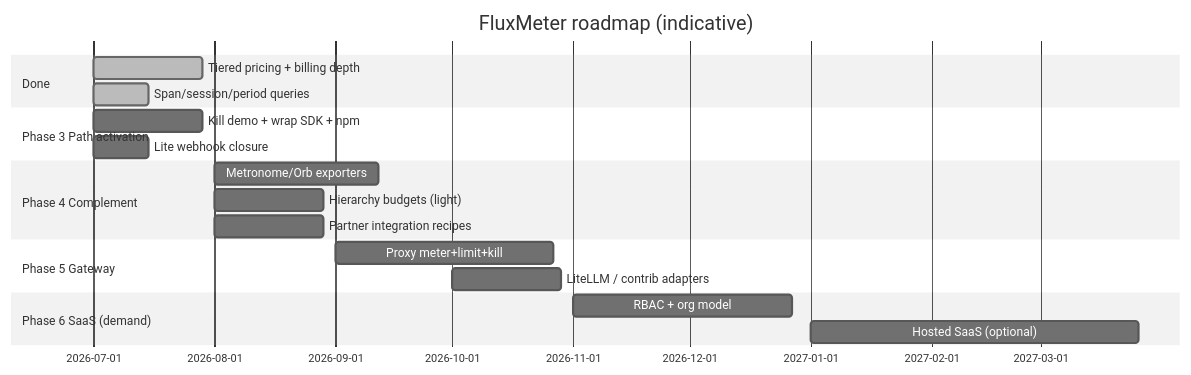
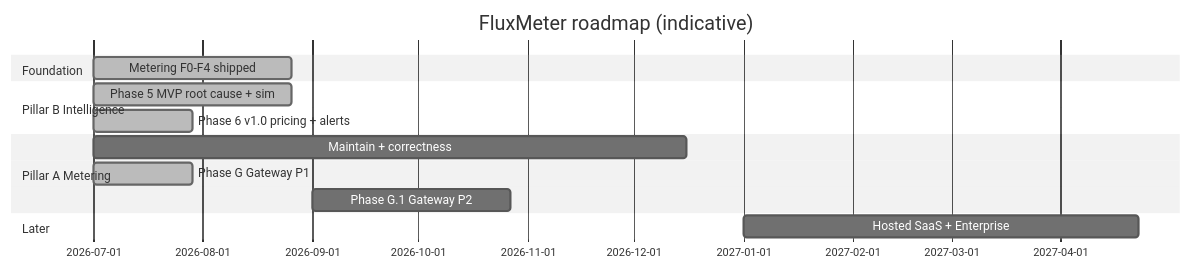
One commit to 10kshuaizhang/fluxmeter changed the diagram in ROADMAP.md. Above: the diagram before and after it, drawn with Mermaid (neutral theme). The commit also changed other lines of this file and 62 other files, not shown here.

First line of the commit message:
Release v3.2.0: Intelligence MVP, Gateway proxy, Python SDK 1.5.0.

````diff
--- a/ROADMAP.md
+++ b/ROADMAP.md
@@ -115,21 +140,16 @@
 ```mermaid
 gantt
     title FluxMeter roadmap (indicative)
     dateFormat YYYY-MM
-    section Done
-    Tiered pricing + billing depth   :done, 2026-07, 4w
-    Span/session/period queries      :done, 2026-07, 2w
-    section Phase 3 Path activation
-    Kill demo + wrap SDK + npm       :2026-07, 4w
-    Lite webhook closure             :2026-07, 2w
-    section Phase 4 Complement
-    Metronome/Orb exporters          :2026-08, 6w
-    Hierarchy budgets (light)        :2026-08, 4w
-    Partner integration recipes      :2026-08, 4w
-    section Phase 5 Gateway
-    Proxy meter+limit+kill           :2026-09, 8w
-    LiteLLM / contrib adapters       :2026-10, 4w
-    section Phase 6 SaaS (demand)
-    RBAC + org model                 :2026-11, 8w
-    Hosted SaaS (optional)           :2027-01, 12w
+    section Foundation
+    Metering F0-F4 shipped           :done, 2026-07, 8w
+    section Pillar B Intelligence
+    Phase 5 MVP root cause + sim     :done, 2026-07, 8w
+    Phase 6 v1.0 pricing + alerts    :done, 2026-07, 4w
+    section Pillar A Metering
+    Maintain + correctness           :2026-07, 24w
+    Phase G Gateway P1               :done, 2026-07, 4w
+    Phase G.1 Gateway P2             :2026-09, 8w
+    section Later
+    Hosted SaaS + Enterprise         :2027-01, 16w
 ```
````
